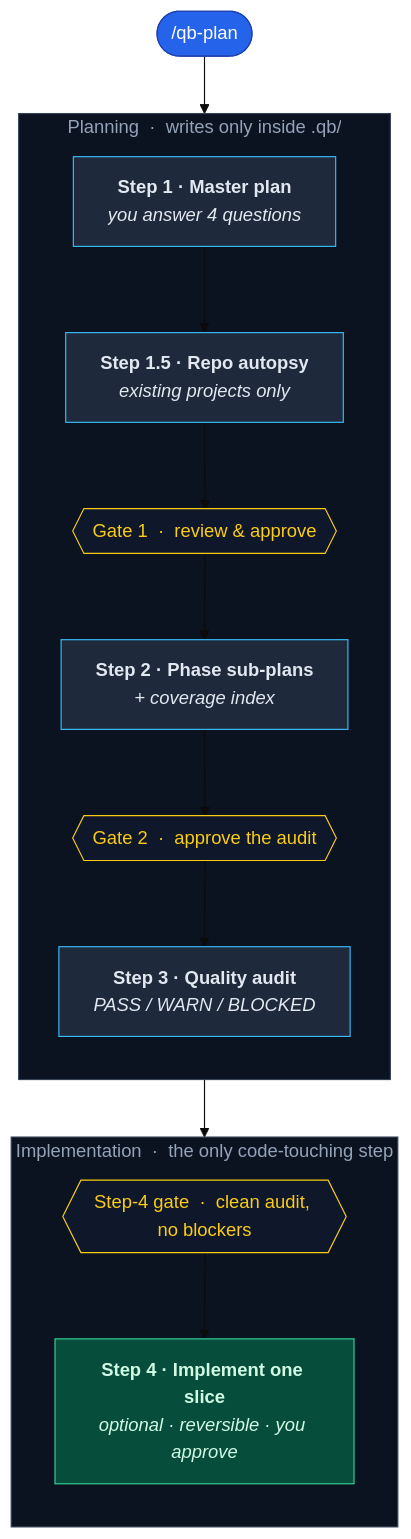
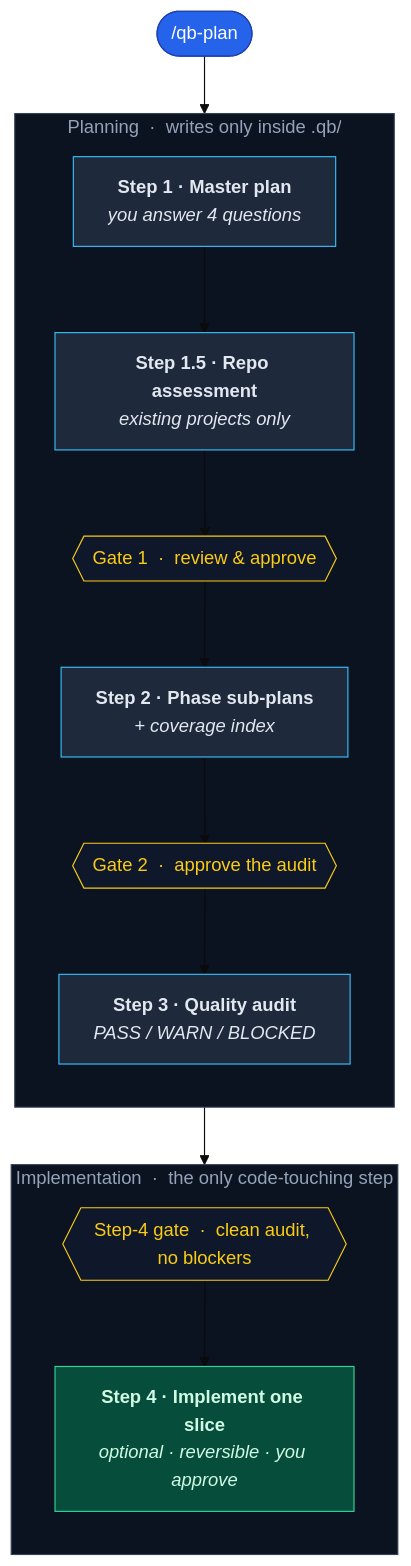
One commit to eserlxl/qb changed the diagram in platforms/claude-code/README.md. Above: the diagram before and after it, drawn with Mermaid (base theme). The commit also changed other lines of this file and 71 other files, not shown here.

First line of the commit message:
refactor: rename Step 1.5 "autopsy" → "assessment" (qb-autopsy → qb-assess)

````diff
--- a/platforms/claude-code/README.md
+++ b/platforms/claude-code/README.md
@@ -78,29 +78,29 @@
 ```mermaid
 flowchart TD
     Start(["/qb-plan"]):::start
 
     subgraph PLAN["Planning &nbsp;·&nbsp; writes only inside .qb/"]
         direction TB
         S1["<b>Step 1 · Master plan</b><br/><i>you answer 4 questions</i>"]:::step
-        S15["<b>Step 1.5 · Repo autopsy</b><br/><i>existing projects only</i>"]:::step
+        S15["<b>Step 1.5 · Repo assessment</b><br/><i>existing projects only</i>"]:::step
         G1{{"Gate 1 &nbsp;·&nbsp; review &amp; approve"}}:::gate
         S2["<b>Step 2 · Phase sub-plans</b><br/><i>+ coverage index</i>"]:::step
         G2{{"Gate 2 &nbsp;·&nbsp; approve the audit"}}:::gate
         S3["<b>Step 3 · Quality audit</b><br/><i>PASS / WARN / BLOCKED</i>"]:::step
     end
 
     subgraph BUILD["Implementation &nbsp;·&nbsp; the only code-touching step"]
         direction TB
         G3{{"Step-4 gate &nbsp;·&nbsp; clean audit, no blockers"}}:::gate
         S4["<b>Step 4 · Implement one slice</b><br/><i>optional · reversible · you approve</i>"]:::build
     end
 
     Start --> S1 --> S15 --> G1 --> S2 --> G2 --> S3 --> G3 --> S4
 
     classDef start fill:#2563EB,stroke:#1E40AF,color:#FFFFFF;
     classDef step fill:#1E293B,stroke:#38BDF8,color:#E2E8F0;
     classDef gate fill:#0F172A,stroke:#FACC15,color:#FACC15;
     classDef build fill:#064E3B,stroke:#34D399,color:#D1FAE5;
     style PLAN fill:#0B1220,stroke:#334155,color:#94A3B8;
     style BUILD fill:#0B1220,stroke:#334155,color:#94A3B8;
 ```
````
